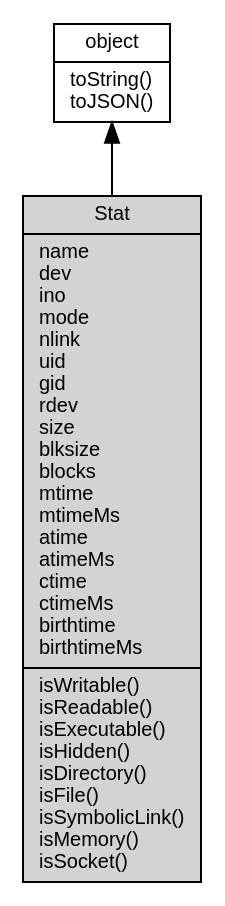
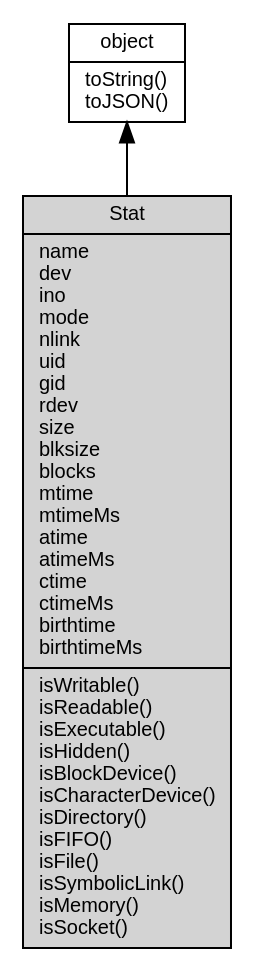
The diagram in docs/manual/object/ifs/Stat.md (fibjs/fibjs.org), drawn with Graphviz before and after one commit. The commit also changed other lines of this file and 49 other files, not shown here.

````diff
--- a/docs/manual/object/ifs/Stat.md
+++ b/docs/manual/object/ifs/Stat.md
@@ -7,10 +7,10 @@
 ```dot
 digraph {
     node [fontname="Helvetica,sans-Serif", fontsize=10, shape="record", style="filled", fillcolor="white"];
 
     object [tooltip="object", URL="object.md", label="{object|toString()\ltoJSON()\l}"];
-    Stat [tooltip="Stat", fillcolor="lightgray", id="me", label="{Stat|name\ldev\lino\lmode\lnlink\luid\lgid\lrdev\lsize\lblksize\lblocks\lmtime\lmtimeMs\latime\latimeMs\lctime\lctimeMs\lbirthtime\lbirthtimeMs\l|isWritable()\lisReadable()\lisExecutable()\lisHidden()\lisDirectory()\lisFile()\lisSymbolicLink()\lisMemory()\lisSocket()\l}"];
+    Stat [tooltip="Stat", fillcolor="lightgray", id="me", label="{Stat|name\ldev\lino\lmode\lnlink\luid\lgid\lrdev\lsize\lblksize\lblocks\lmtime\lmtimeMs\latime\latimeMs\lctime\lctimeMs\lbirthtime\lbirthtimeMs\l|isWritable()\lisReadable()\lisExecutable()\lisHidden()\lisBlockDevice()\lisCharacterDevice()\lisDirectory()\lisFIFO()\lisFile()\lisSymbolicLink()\lisMemory()\lisSocket()\l}"];
 
     object -> Stat [dir=back];
 }
 ```
````
